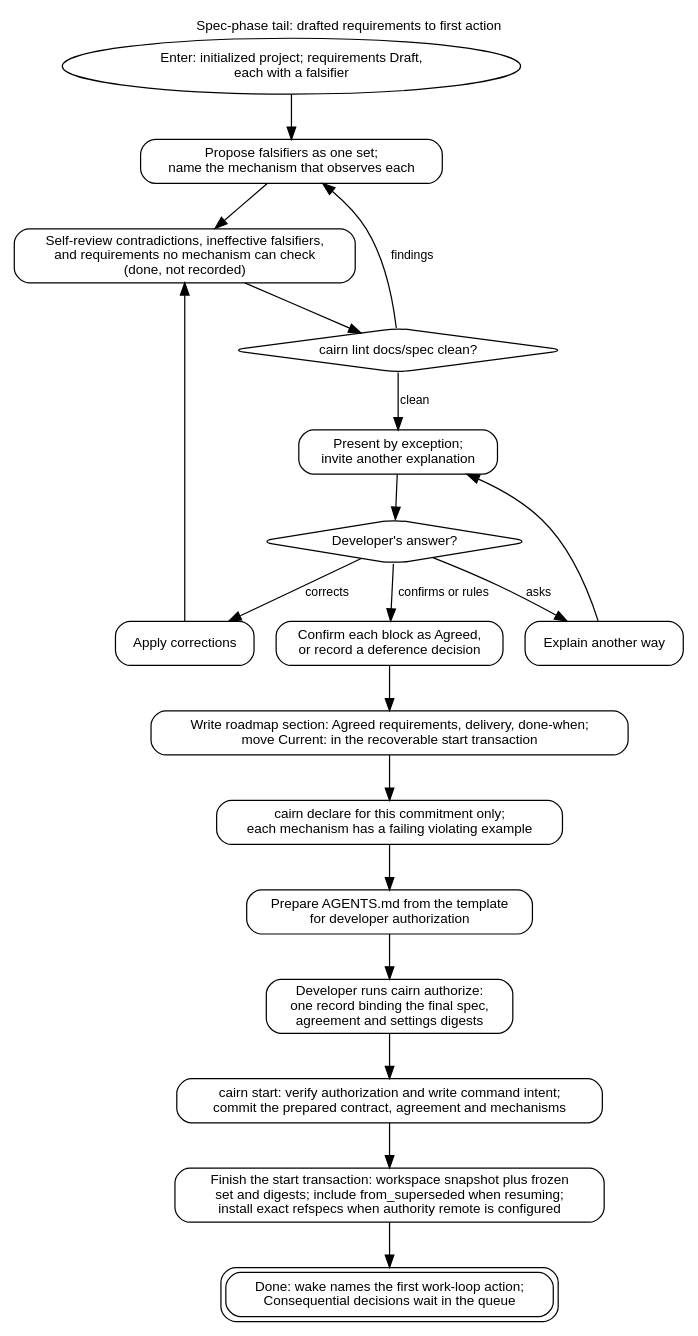
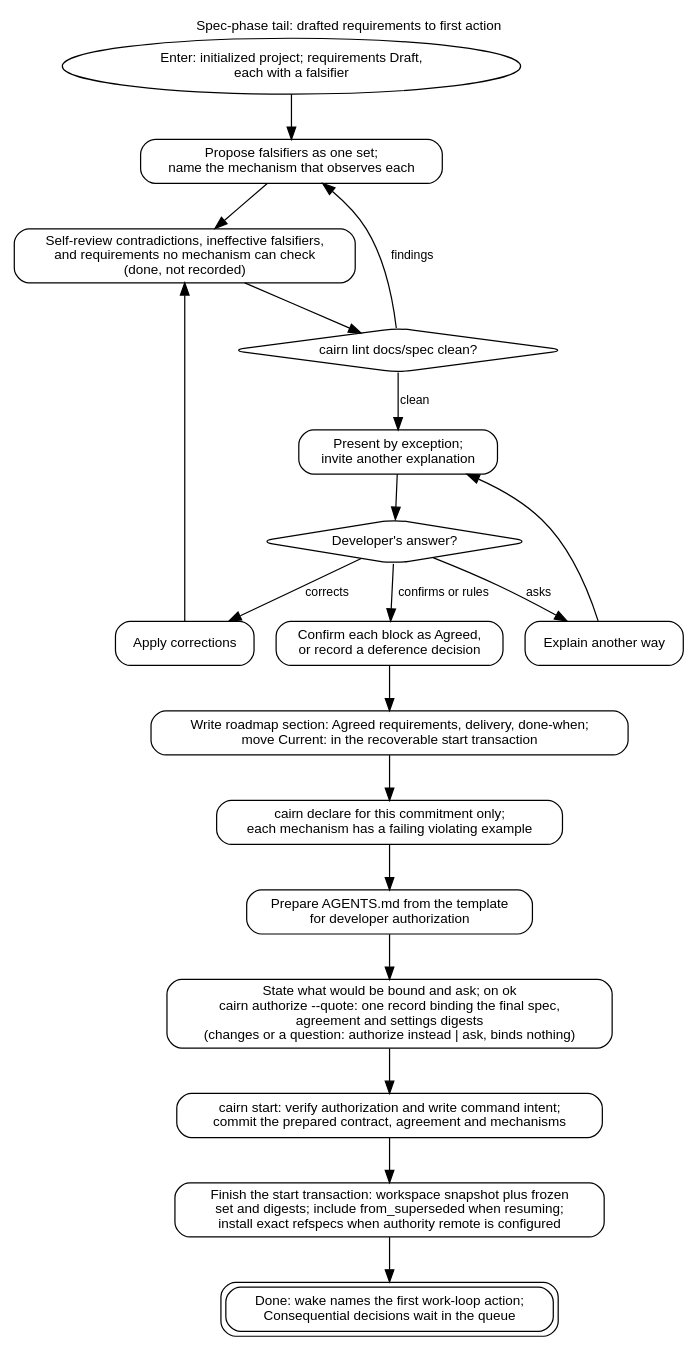
The diagram in docs/diagrams/spec-phase.dot (eas4ai/cairn), drawn with Graphviz before and after one commit. The commit also changed 14 other files, not shown here.

Commit message:
Docs, template, skills and diagrams: the agent asks in conversation and records the developer's words; changelog 2.1.0

```diff
--- a/docs/diagrams/spec-phase.dot
+++ b/docs/diagrams/spec-phase.dot
@@ -1,35 +1,35 @@
 // Shared tail for new-project, existing-project and next-feature.
 digraph spec_phase {
   rankdir=TB;
   graph [fontname="Helvetica", fontsize=11, labelloc=t, label="Spec-phase tail: drafted requirements to first action"];
   node  [shape=box, style=rounded, fontname="Helvetica", fontsize=11];
   edge  [fontname="Helvetica", fontsize=10];
 
   start [shape=oval, label="Enter: initialized project; requirements Draft,\neach with a falsifier"];
   falsifiers [label="Propose falsifiers as one set;\nname the mechanism that observes each"];
   review [label="Self-review contradictions, ineffective falsifiers,\nand requirements no mechanism can check\n(done, not recorded)"];
   lint [shape=diamond, label="cairn lint docs/spec clean?"];
   present [label="Present by exception;\ninvite another explanation"];
   outcome [shape=diamond, label="Developer's answer?"];
   explain [label="Explain another way"];
   correct [label="Apply corrections"];
   agreed [label="Confirm each block as Agreed,\nor record a deference decision"];
   commitment [label="Write roadmap section: Agreed requirements, delivery, done-when;\nmove Current: in the recoverable start transaction"];
   declare [label="cairn declare for this commitment only;\neach mechanism has a failing violating example"];
   agreement [label="Prepare AGENTS.md from the template\nfor developer authorization"];
-  authorize [label="Developer runs cairn authorize:\none record binding the final spec,\nagreement and settings digests"];
+  authorize [label="State what would be bound and ask; on ok\ncairn authorize --quote: one record binding the final spec,\nagreement and settings digests\n(changes or a question: authorize instead | ask, binds nothing)"];
   startintent [label="cairn start: verify authorization and write command intent;\ncommit the prepared contract, agreement and mechanisms"];
   startrec [label="Finish the start transaction: workspace snapshot plus frozen\nset and digests; include from_superseded when resuming;\ninstall exact refspecs when authority remote is configured"];
   done [shape=box, peripheries=2, label="Done: wake names the first work-loop action;\nConsequential decisions wait in the queue"];
 
   start -> falsifiers -> review -> lint;
   lint -> falsifiers [label="findings"];
   lint -> present [label="clean"];
   present -> outcome;
   outcome -> explain [label="asks"];
   explain -> present;
   outcome -> correct [label="corrects"];
   correct -> review;
   outcome -> agreed [label="confirms or rules"];
   agreed -> commitment -> declare -> agreement -> authorize -> startintent -> startrec -> done;
 }
```
